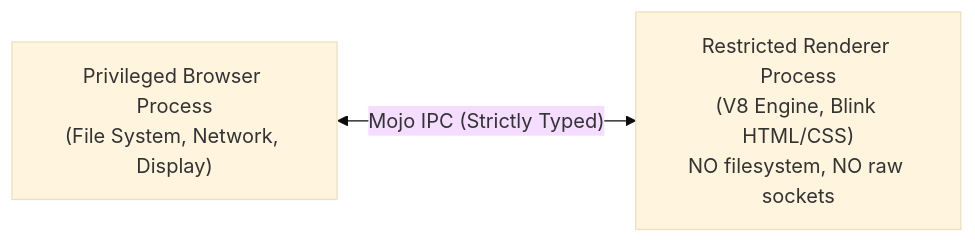
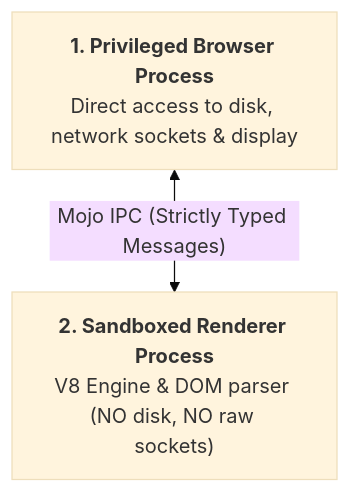
The second of 4 diagrams in _posts/2026-11-17-browser-sandbox-vs-container-vs-virtual-machine.md (naimurhasan/naimurhasan.github.io), drawn with Mermaid (base theme) before and after one commit. The commit also changed other lines of this file and 28 other files, not shown here.

Commit message:
fix(blog): refactor all Mermaid diagrams to vertical legible layouts and restore in-body illustrations

````diff
--- a/_posts/2026-11-17-browser-sandbox-vs-container-vs-virtual-machine.md
+++ b/_posts/2026-11-17-browser-sandbox-vs-container-vs-virtual-machine.md
@@ -53,4 +55,4 @@
 ```mermaid
-flowchart LR
-  Browser["Privileged Browser Process<br/>(File System, Network, Display)"] <--> |"Mojo IPC (Strictly Typed)"| Renderer["Restricted Renderer Process<br/>(V8 Engine, Blink HTML/CSS)<br/>NO filesystem, NO raw sockets"]
+flowchart TD
+  Browser["<b>1. Privileged Browser Process</b><br/>Direct access to disk, network sockets & display"] <-->|"Mojo IPC (Strictly Typed Messages)"| Renderer["<b>2. Sandboxed Renderer Process</b><br/>V8 Engine & DOM parser (NO disk, NO raw sockets)"]
 ```
````
